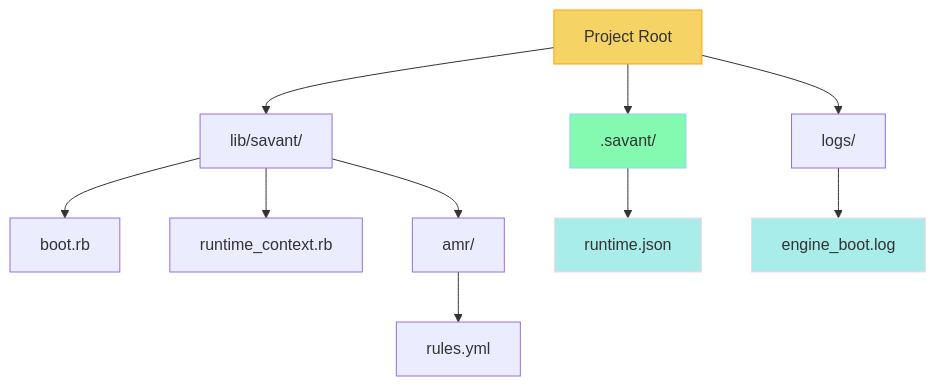
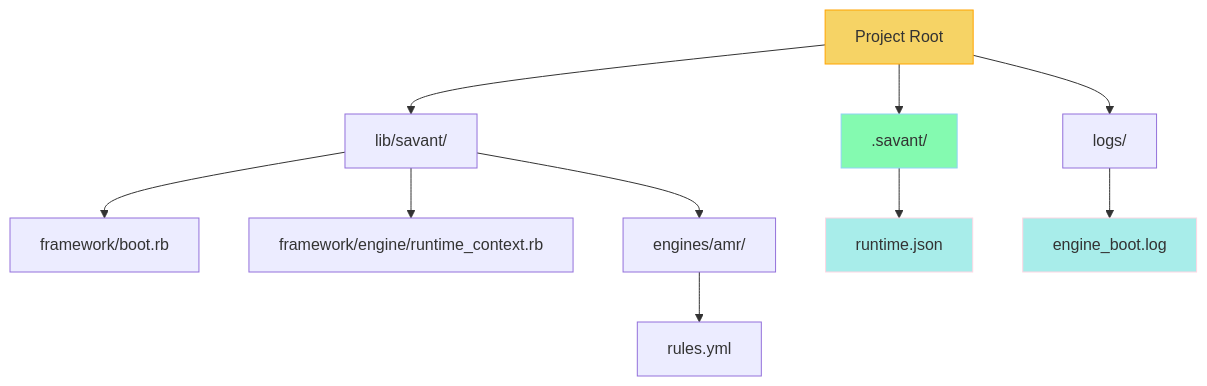
One commit to ashabbir/savant changed the third of 3 diagrams in memory_bank/engine_boot.md. Above: the diagram before and after it, drawn with Mermaid. The commit also changed other lines of this file and 9 other files, not shown here.

````diff
--- a/memory_bank/engine_boot.md
+++ b/memory_bank/engine_boot.md
@@ -410,21 +410,21 @@
 ```mermaid
 flowchart TD
     ROOT[Project Root] --> LIB[lib/savant/]
     ROOT --> SAVANT[.savant/]
     ROOT --> LOGS[logs/]
 
-    LIB --> BOOT[boot.rb]
-    LIB --> RUNTIME[runtime_context.rb]
-    LIB --> AMR_DIR[amr/]
+    LIB --> BOOT[framework/boot.rb]
+    LIB --> RUNTIME[framework/engine/runtime_context.rb]
+    LIB --> AMR_DIR[engines/amr/]
 
     AMR_DIR --> RULES[rules.yml]
 
     SAVANT --> STATE[runtime.json]
 
     LOGS --> ENGINE_LOG[engine_boot.log]
 
     style ROOT fill:#f6d365,stroke:#ffa400
     style SAVANT fill:#84fab0,stroke:#8fd3f4
     style STATE fill:#a8edea,stroke:#fed6e3
     style ENGINE_LOG fill:#a8edea,stroke:#fed6e3
 ```
````
